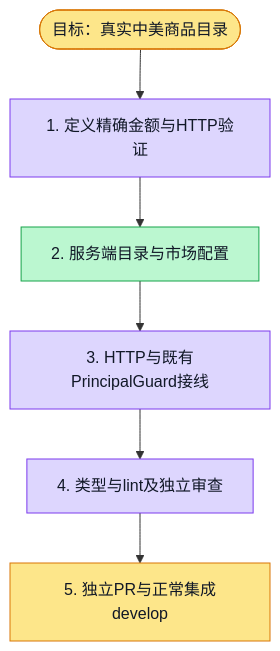
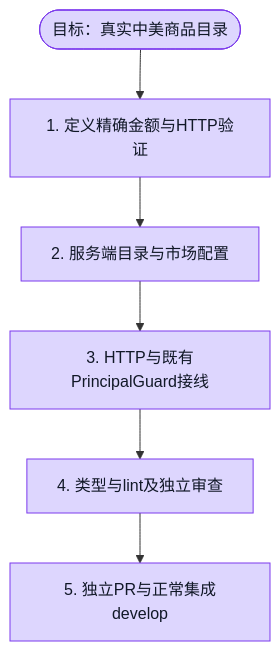
One commit to boardx/workspacex changed the diagram in phases/phase-21-billing-payment/design-deltas/personal-price-catalog/execution-plan.md. Above: the diagram before and after it, drawn with Mermaid. The commit also changed 7 other files, not shown here.

````diff
--- a/phases/phase-21-billing-payment/design-deltas/personal-price-catalog/execution-plan.md
+++ b/phases/phase-21-billing-payment/design-deltas/personal-price-catalog/execution-plan.md
@@ -17,27 +17,30 @@
 ```mermaid
 flowchart TD
   G([目标：真实中美商品目录])
   S1[1. 定义精确金额与HTTP验证]
   S2[2. 服务端目录与市场配置]
   S3[3. HTTP与既有PrincipalGuard接线]
   S4[4. 类型与lint及独立审查]
   S5[5. 独立PR与正常集成develop]
 
   G --> S1 --> S2 --> S3 --> S4 --> S5
 
   classDef todo fill:#e5e7eb,stroke:#6b7280,color:#111827
   classDef doing fill:#fde68a,stroke:#d97706,color:#111827
   classDef done fill:#bbf7d0,stroke:#16a34a,color:#111827
   classDef tested fill:#ddd6fe,stroke:#7c3aed,color:#111827
   classDef blocked fill:#fecaca,stroke:#dc2626,color:#111827
 
-  class G doing
+  class G tested
+  %% evidence G: 目录PR6095正常合入develop6a1a3c62，来源319d89d通过独立审查和全部仓库必需门禁
   class S1 tested
   %% evidence S1: 目标service缺失时测试退出1；实际金额和HTTP断言已固定，证据将归档evidence/
-  class S2 done
+  class S2 tested
+  %% evidence S2: 目录HTTP6/provider41验证通过，见evidence/provider-rebased.txt
   class S3 tested
   %% evidence S3: 支付专项及HTTP边界通过，最终输出见evidence/provider-tests.txt
   class S4 tested
   %% evidence S4: API typecheck/lint退出0，provider41项通过，独立审查6/6；证据evidence/
-  class S5 doing
+  class S5 tested
+  %% evidence S5: PR6095经READY及正常队列合入develop6a1a3c62；issue6089已关闭
 ```
````
